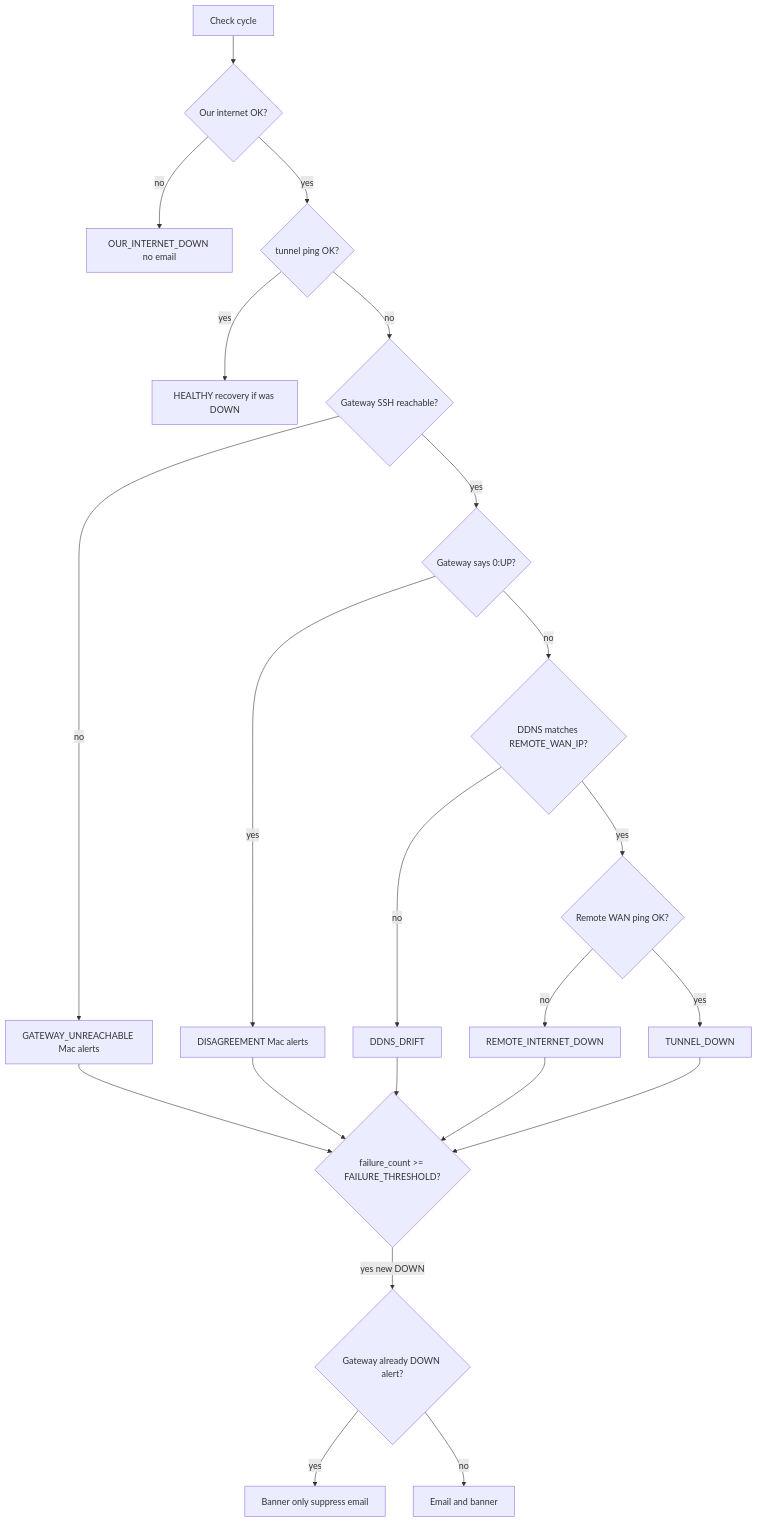
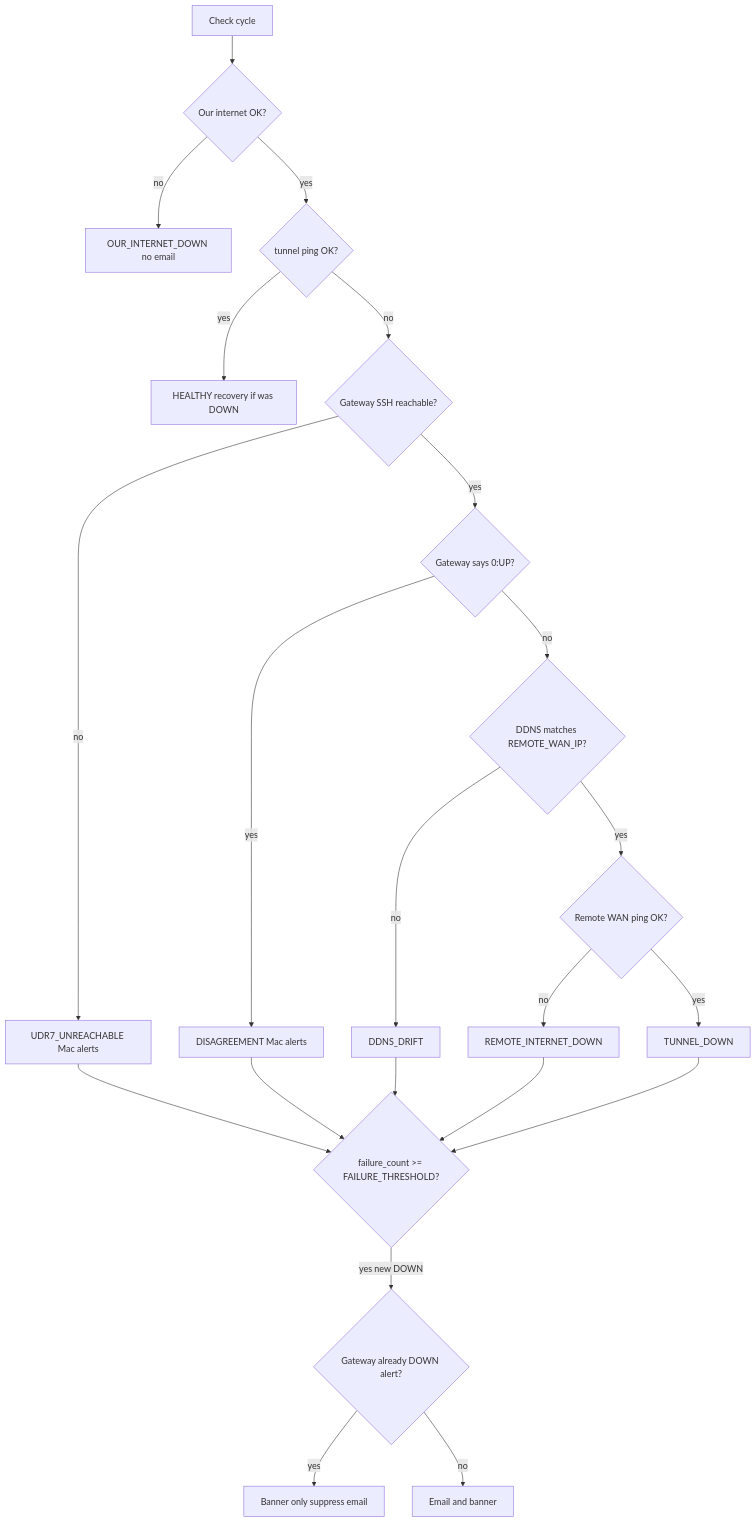
One commit to roto31/Tunnel-Monitor---Universal changed the third of 5 diagrams in legacy/Public/docs/tunnel-monitor/02-architecture.md. Above: the diagram before and after it, drawn with Mermaid. The commit also changed other lines of this file and 23 other files, not shown here.

````diff
--- a/legacy/Public/docs/tunnel-monitor/02-architecture.md
+++ b/legacy/Public/docs/tunnel-monitor/02-architecture.md
@@ -90,24 +88,24 @@
 ```mermaid
 flowchart TD
   start[Check cycle] --> ourNet{Our internet OK?}
   ourNet -->|no| ourDown[OUR_INTERNET_DOWN no email]
   ourNet -->|yes| tunnel{tunnel ping OK?}
   tunnel -->|yes| healthy[HEALTHY recovery if was DOWN]
   tunnel -->|no| udr7reach{Gateway SSH reachable?}
-  udr7reach -->|no| udr7unreach[GATEWAY_UNREACHABLE Mac alerts]
+  udr7reach -->|no| udr7unreach[UDR7_UNREACHABLE Mac alerts]
   udr7reach -->|yes| disagree{Gateway says 0:UP?}
   disagree -->|yes| disagreement[DISAGREEMENT Mac alerts]
   disagree -->|no| dns{DDNS matches REMOTE_WAN_IP?}
   dns -->|no| drift[DDNS_DRIFT]
   dns -->|yes| wan{Remote WAN ping OK?}
   wan -->|no| remoteDown[REMOTE_INTERNET_DOWN]
   wan -->|yes| tunnelDown[TUNNEL_DOWN]
   tunnelDown --> threshold{failure_count >= FAILURE_THRESHOLD?}
   drift --> threshold
   remoteDown --> threshold
   disagreement --> threshold
   udr7unreach --> threshold
   threshold -->|yes new DOWN| dedup{Gateway already DOWN alert?}
   dedup -->|yes| bannerOnly[Banner only suppress email]
   dedup -->|no| emailBanner[Email and banner]
 ```
````
